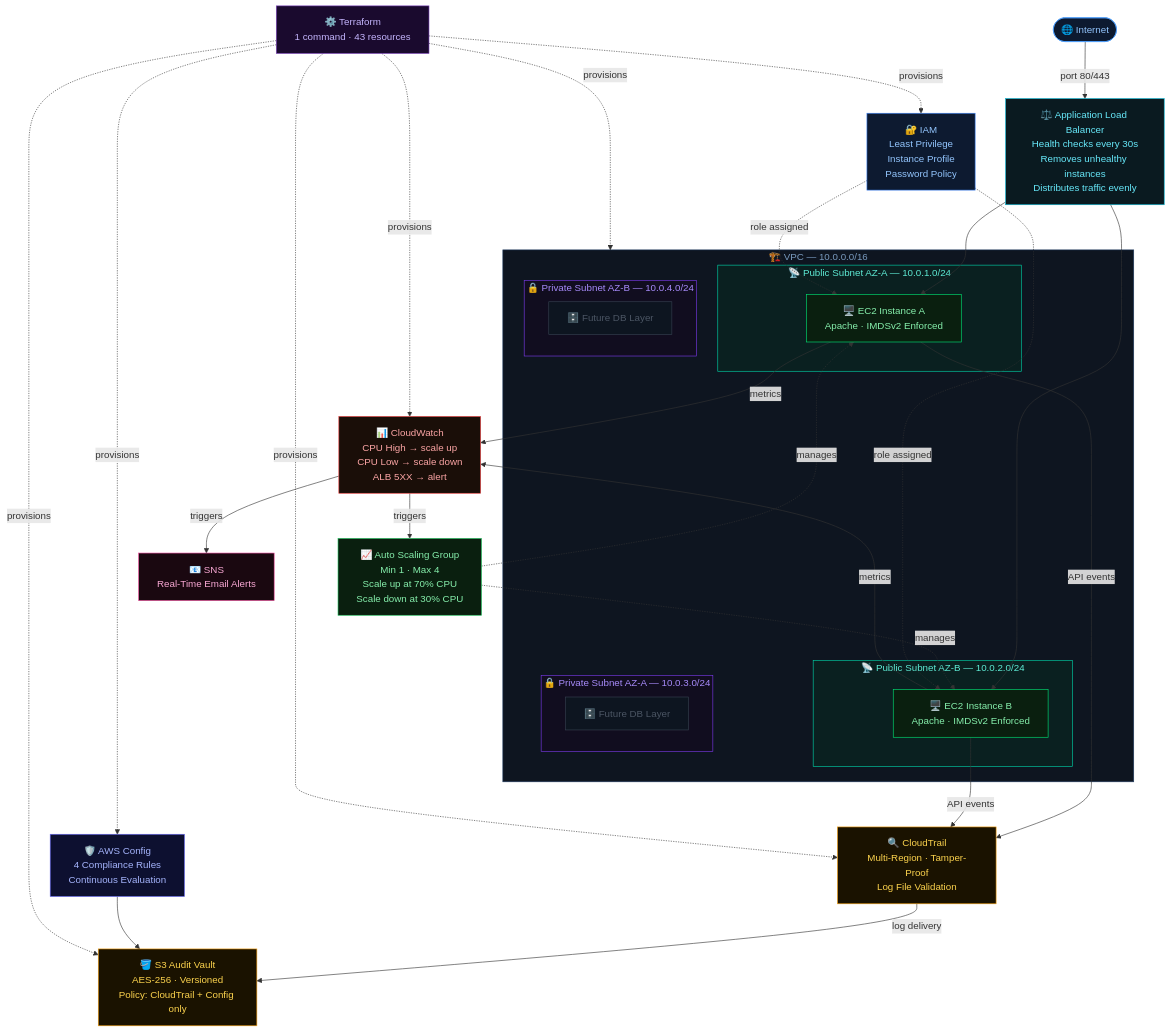
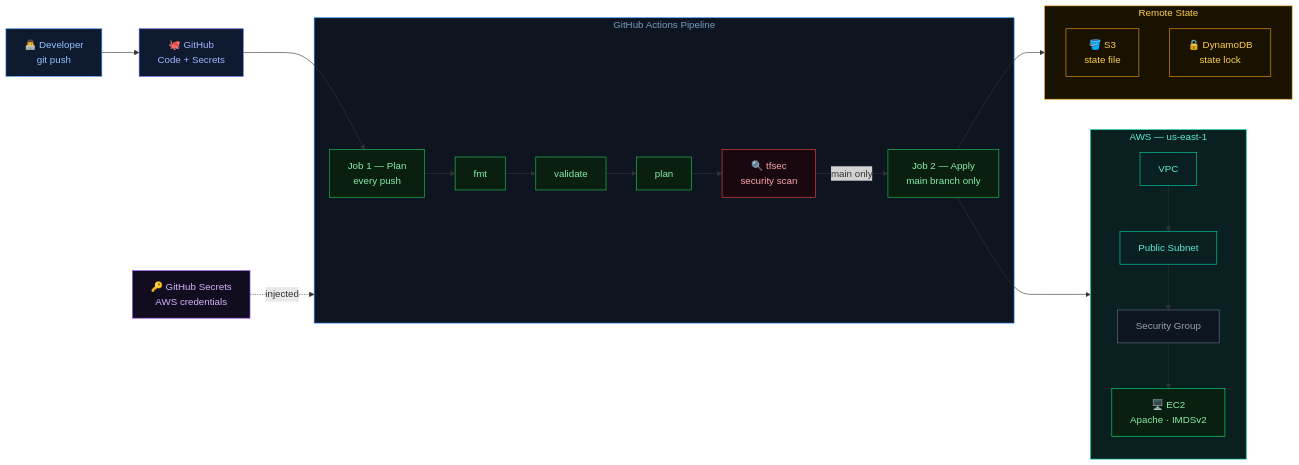
Before and after one commit to johntay379-hub/aws-zero-trust-security-platform: the diagram in README.md, drawn with Mermaid. The commit also changed other lines of this file and 2 other files, not shown here.

Commit message:
Complete README overhaul — fixed title, diagram, challenges, badges

````diff
--- a/README.md
+++ b/README.md
@@ -54,73 +17,58 @@
 ```mermaid
-flowchart TD
-    Internet(["🌐 Internet"]) -->|port 80/443| ALB
-    ALB["⚖️ Application Load Balancer
-Health checks every 30s
-Removes unhealthy instances
-Distributes traffic evenly"] --> EC2A & EC2B
+flowchart LR
+    DEV["👨‍💻 Developer
+git push"] --> GH["🐙 GitHub
+Code + Secrets"]
 
-    subgraph VPC["🏗️ VPC — 10.0.0.0/16"]
-        subgraph PUB1["📡 Public Subnet AZ-A — 10.0.1.0/24"]
-            EC2A["🖥️ EC2 Instance A
-Apache · IMDSv2 Enforced"]
-        end
-        subgraph PUB2["📡 Public Subnet AZ-B — 10.0.2.0/24"]
-            EC2B["🖥️ EC2 Instance B
-Apache · IMDSv2 Enforced"]
-        end
-        subgraph PRI1["🔒 Private Subnet AZ-A — 10.0.3.0/24"]
-            DB1["🗄️ Future DB Layer"]
-        end
-        subgraph PRI2["🔒 Private Subnet AZ-B — 10.0.4.0/24"]
-            DB2["🗄️ Future DB Layer"]
-        end
+    GH --> JOB1
+
+    subgraph PIPELINE["GitHub Actions Pipeline"]
+        JOB1["Job 1 — Plan
+every push"] --> FMT["fmt"]
+        FMT --> VAL["validate"]
+        VAL --> PLAN["plan"]
+        PLAN --> TFSEC["🔍 tfsec
+security scan"]
+        TFSEC -->|main only| JOB2["Job 2 — Apply
+main branch only"]
     end
 
-    ASG["📈 Auto Scaling Group
-Min 1 · Max 4
-Scale up at 70% CPU
-Scale down at 30% CPU"] -.->|manages| EC2A & EC2B
-    IAM["🔐 IAM
-Least Privilege
-Instance Profile
-Password Policy"] -.->|role assigned| EC2A & EC2B
-    EC2A & EC2B -->|API events| CT
-    CT["🔍 CloudTrail
-Multi-Region · Tamper-Proof
-Log File Validation"] -->|log delivery| S3
-    S3["🪣 S3 Audit Vault
-AES-256 · Versioned
-Policy: CloudTrail + Config only"]
-    EC2A & EC2B -->|metrics| CW
-    CW["📊 CloudWatch
-CPU High → scale up
-CPU Low → scale down
-ALB 5XX → alert"] -->|triggers| SNS & ASG
-    SNS["📧 SNS
-Real-Time Email Alerts"]
-    CFG["🛡️ AWS Config
-4 Compliance Rules
-Continuous Evaluation"] --> S3
-    TF["⚙️ Terraform
-1 command · 43 resources"] -.->|provisions| VPC & IAM & S3 & CT & CW & CFG
+    subgraph STATE["Remote State"]
+        S3["🪣 S3
+state file"]
+        DDB["🔒 DynamoDB
+state lock"]
+    end
 
-    style Internet fill:#0d1a30,stroke:#4a9eff,color:#93c5fd
-    style ALB fill:#0a1a20,stroke:#06b6d4,color:#67e8f9
-    style VPC fill:#0e1520,stroke:#1e3a5f,color:#7a9bbf
-    style PUB1 fill:#0a2020,stroke:#00d4aa,color:#5eead4
-    style PUB2 fill:#0a2020,stroke:#00d4aa,color:#5eead4
-    style PRI1 fill:#110d1f,stroke:#7c3aed,color:#a78bfa
-    style PRI2 fill:#110d1f,stroke:#7c3aed,color:#a78bfa
-    style EC2A fill:#0a1f0f,stroke:#00e676,color:#86efac
-    style EC2B fill:#0a1f0f,stroke:#00e676,color:#86efac
-    style DB1 fill:#0d1520,stroke:#374151,color:#4b5563
-    style DB2 fill:#0d1520,stroke:#374151,color:#4b5563
-    style ASG fill:#0a1f0f,stroke:#22c55e,color:#86efac
-    style IAM fill:#0d1a30,stroke:#3b82f6,color:#93c5fd
-    style CT fill:#1a1200,stroke:#f59e0b,color:#fcd34d
+    JOB2 --> STATE
+    JOB2 --> AWS
+
+    subgraph AWS["AWS — us-east-1"]
+        VPC["VPC"] --> SUBNET["Public Subnet"]
+        SUBNET --> SG["Security Group"]
+        SG --> EC2["🖥️ EC2
+Apache · IMDSv2"]
+    end
+
+    SECRETS["🔑 GitHub Secrets
+AWS credentials"] -.->|injected| PIPELINE
+
+    style DEV fill:#0d1a30,stroke:#4a9eff,color:#93c5fd
+    style GH fill:#0d1a30,stroke:#6366f1,color:#a5b4fc
+    style PIPELINE fill:#0e1520,stroke:#2088FF,color:#7a9bbf
+    style JOB1 fill:#0a1f0f,stroke:#22c55e,color:#86efac
+    style FMT fill:#0a1f0f,stroke:#22c55e,color:#86efac
+    style VAL fill:#0a1f0f,stroke:#22c55e,color:#86efac
+    style PLAN fill:#0a1f0f,stroke:#22c55e,color:#86efac
+    style TFSEC fill:#1a0810,stroke:#ef4444,color:#fca5a5
+    style JOB2 fill:#0a1f0f,stroke:#22c55e,color:#86efac
+    style STATE fill:#1a1200,stroke:#f59e0b,color:#fcd34d
     style S3 fill:#1a1200,stroke:#f59e0b,color:#fcd34d
-    style CW fill:#1a0e08,stroke:#ef4444,color:#fca5a5
-    style SNS fill:#1a0810,stroke:#ec4899,color:#f9a8d4
-    style CFG fill:#0d1030,stroke:#6366f1,color:#a5b4fc
-    style TF fill:#1a0a2e,stroke:#7B42BC,color:#c4b5fd
+    style DDB fill:#1a1200,stroke:#f59e0b,color:#fcd34d
+    style AWS fill:#0a2020,stroke:#00d4aa,color:#5eead4
+    style VPC fill:#0a2020,stroke:#00d4aa,color:#5eead4
+    style SUBNET fill:#0a2020,stroke:#00d4aa,color:#5eead4
+    style SG fill:#0d1520,stroke:#6b7280,color:#9ca3af
+    style EC2 fill:#0a1f0f,stroke:#00e676,color:#86efac
+    style SECRETS fill:#110d1f,stroke:#a855f7,color:#d8b4fe
 ```
````
